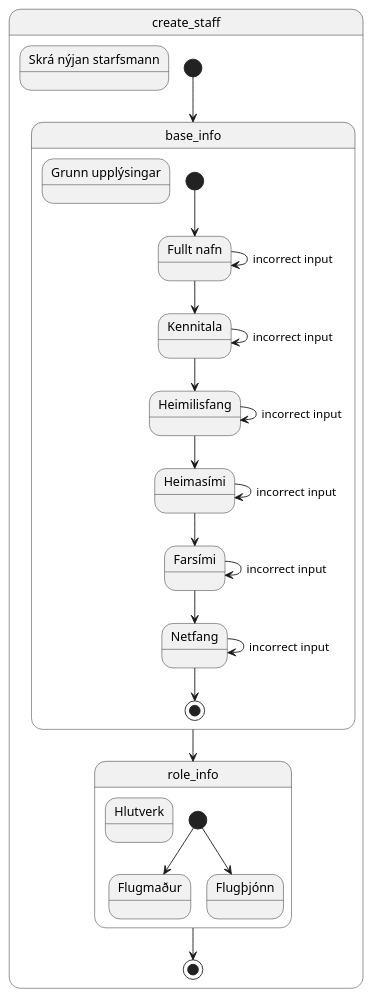
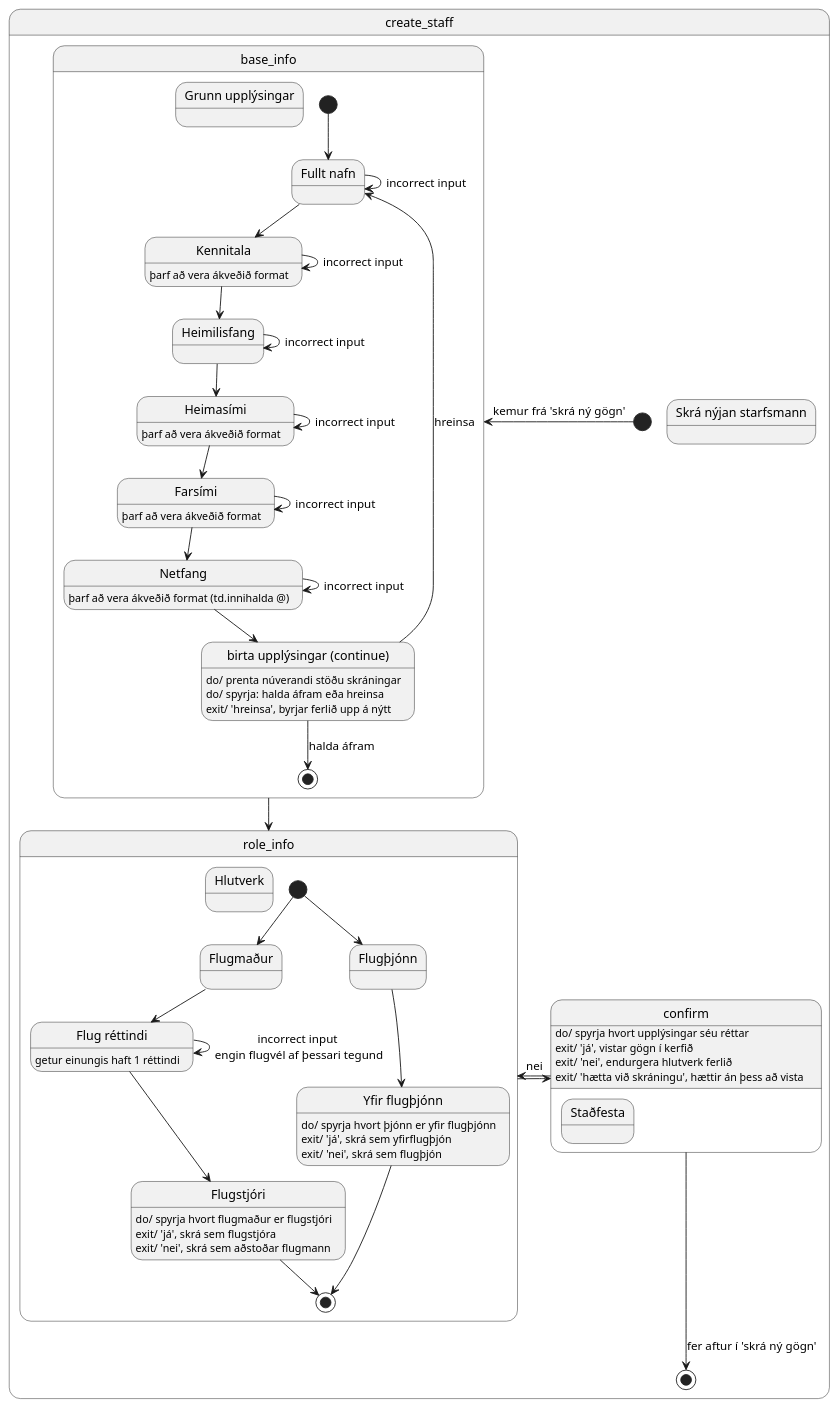
The diagram in diagrams/state/state_program/state_create_staff.puml (MyraMidnight/VLN1_h16), drawn with PlantUML before and after one commit.

Commit message:
finished state diagram, create new employee

```diff
--- a/diagrams/state/state_program/state_create_staff.puml
+++ b/diagrams/state/state_program/state_create_staff.puml
@@ -1,47 +1,81 @@
 @startuml 
 
 state create_staff {
   state create_staff as "Skrá nýjan starfsmann"
   state base_info {
     state base_info as "Grunn upplýsingar"
 
     state input_name as "Fullt nafn"
     state input_ssn as "Kennitala"
+      input_ssn : þarf að vera ákveðið format
     state address as "Heimilisfang"
     state phone_home as "Heimasími"
+      phone_home : þarf að vera ákveðið format
     state phone_mobile as "Farsími"
+      phone_mobile : þarf að vera ákveðið format
     state email as "Netfang"
+      email : þarf að vera ákveðið format (td.innihalda @)
+    state continue as "birta upplýsingar (continue)"
+      continue: do/ prenta núverandi stöðu skráningar 
+      continue: do/ spyrja: halda áfram eða hreinsa
+      continue: exit/ 'hreinsa', byrjar ferlið upp á nýtt
 
     [*] --> input_name
     input_name --> input_ssn
       input_name --> input_name : incorrect input
     input_ssn --> address
       input_ssn --> input_ssn : incorrect input
     address --> phone_home
       address --> address : incorrect input
     phone_home --> phone_mobile
       phone_home --> phone_home : incorrect input
     phone_mobile --> email
       phone_mobile --> phone_mobile : incorrect input
-    email --> [*]
+    email --> continue
       email --> email : incorrect input
-
+    continue --> [*] : halda áfram
+    continue --> input_name : hreinsa
   }
-
   state role_info {  
     state role_info as "Hlutverk"
 
     state pilot as "Flugmaður"
+    state licence as "Flug réttindi"
+      licence : getur einungis haft 1 réttindi
+    state captain as "Flugstjóri"
+      captain : do/ spyrja hvort flugmaður er flugstjóri
+      captain : exit/ 'já', skrá sem flugstjóra
+      captain : exit/ 'nei', skrá sem aðstoðar flugmann
     state flight_attendant as "Flugþjónn"
+    state head_attendant as "Yfir flugþjónn" 
+      head_attendant : do/ spyrja hvort þjónn er yfir flugþjónn
+      head_attendant : exit/ 'já', skrá sem yfirflugþjón
+      head_attendant : exit/ 'nei', skrá sem flugþjón
 
     [*] --> pilot
+    pilot --> licence 
+    licence --> captain
+    licence --> licence : incorrect input \nengin flugvél af þessari tegund
+    captain --> [*]
     [*] --> flight_attendant
+    flight_attendant --> head_attendant
+    head_attendant --> [*]
   }
 
-  [*] --> base_info
+  state confirm {
+    state confirm as "Staðfesta"
+      confirm : do/ spyrja hvort upplýsingar séu réttar
+      confirm : exit/ 'já', vistar gögn í kerfið
+      confirm : exit/ 'nei', endurgera hlutverk ferlið
+      confirm : exit/ 'hætta við skráningu', hættir án þess að vista
+  }
+
+  [*] -left-> base_info : kemur frá 'skrá ný gögn'
   base_info -->  role_info
-  role_info --> [*]
+  role_info -right-> confirm
+  confirm --> [*] : fer aftur í 'skrá ný gögn'
+  confirm -left-> role_info : nei
 }
 
 
 @enduml 
```
